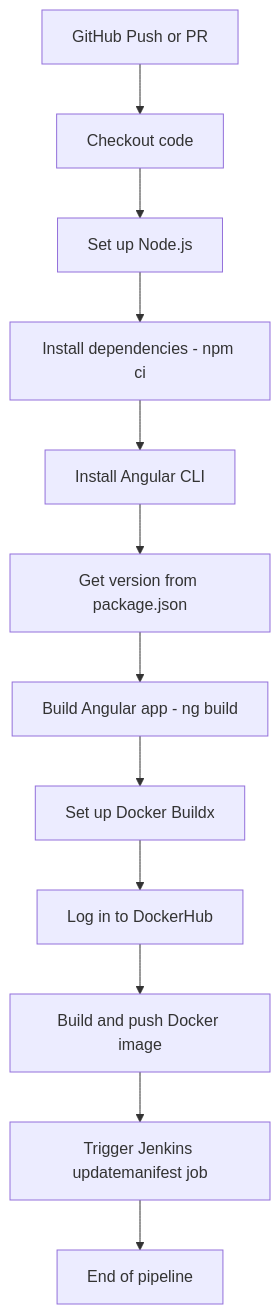
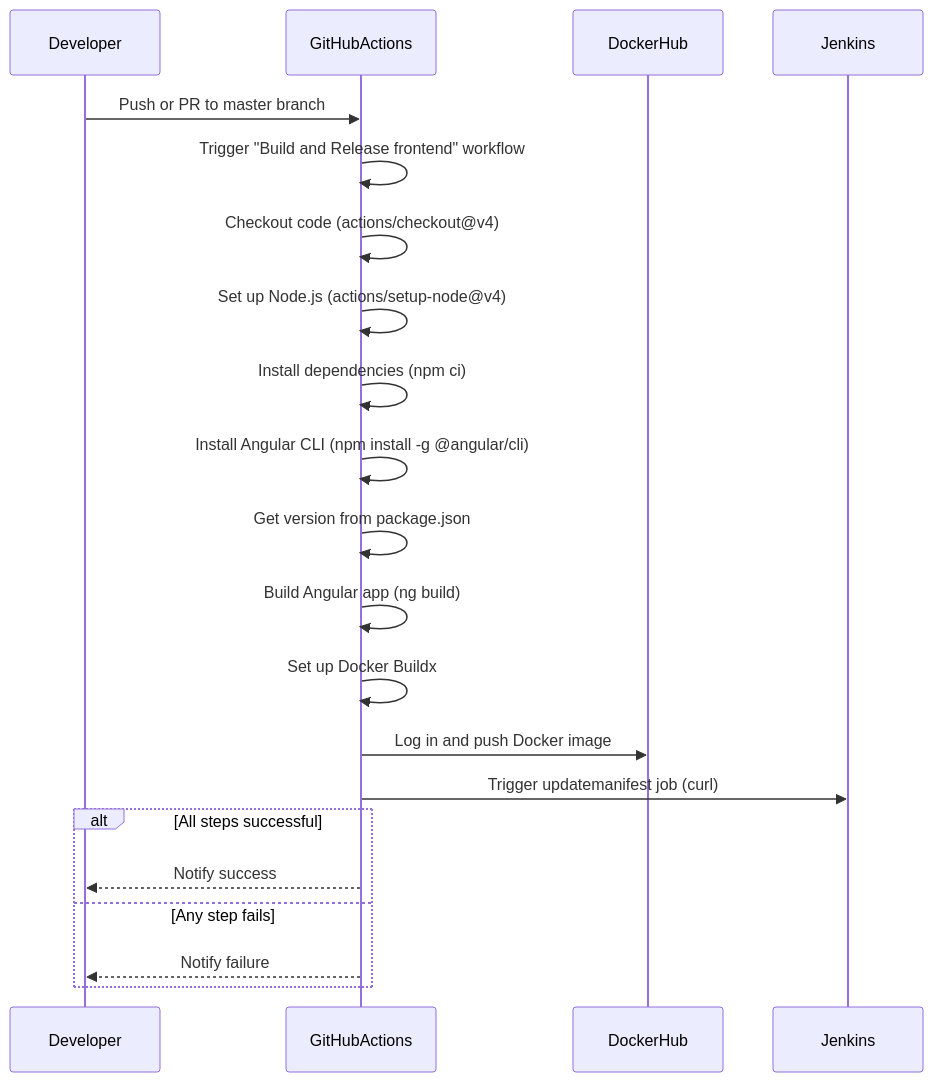
The diagram in README.md (FelipeBarretoB/ecommerce-frontend-web-app), drawn with Mermaid before and after one commit.

Commit message:
changed to sequence diagram

````diff
--- a/README.md
+++ b/README.md
@@ -20,14 +20,24 @@
 ```mermaid
-graph TD
-    A[GitHub Push or PR] --> B[Checkout code]
-    B --> C[Set up Node.js]
-    C --> D[Install dependencies - npm ci]
-    D --> E[Install Angular CLI]
-    E --> F[Get version from package.json]
-    F --> G[Build Angular app - ng build]
-    G --> H[Set up Docker Buildx]
-    H --> I[Log in to DockerHub]
-    I --> J[Build and push Docker image]
-    J --> K[Trigger Jenkins updatemanifest job]
-    K --> L[End of pipeline]
+sequenceDiagram
+    participant Developer
+    participant GitHubActions
+    participant DockerHub
+    participant Jenkins
+
+    Developer->>GitHubActions: Push or PR to master branch
+    GitHubActions->>GitHubActions: Trigger "Build and Release frontend" workflow
+    GitHubActions->>GitHubActions: Checkout code (actions/checkout@v4)
+    GitHubActions->>GitHubActions: Set up Node.js (actions/setup-node@v4)
+    GitHubActions->>GitHubActions: Install dependencies (npm ci)
+    GitHubActions->>GitHubActions: Install Angular CLI (npm install -g @angular/cli)
+    GitHubActions->>GitHubActions: Get version from package.json
+    GitHubActions->>GitHubActions: Build Angular app (ng build)
+    GitHubActions->>GitHubActions: Set up Docker Buildx
+    GitHubActions->>DockerHub: Log in and push Docker image
+    GitHubActions->>Jenkins: Trigger updatemanifest job (curl)
+    alt All steps successful
+        GitHubActions-->>Developer: Notify success
+    else Any step fails
+        GitHubActions-->>Developer: Notify failure
+    end
 ```
````
